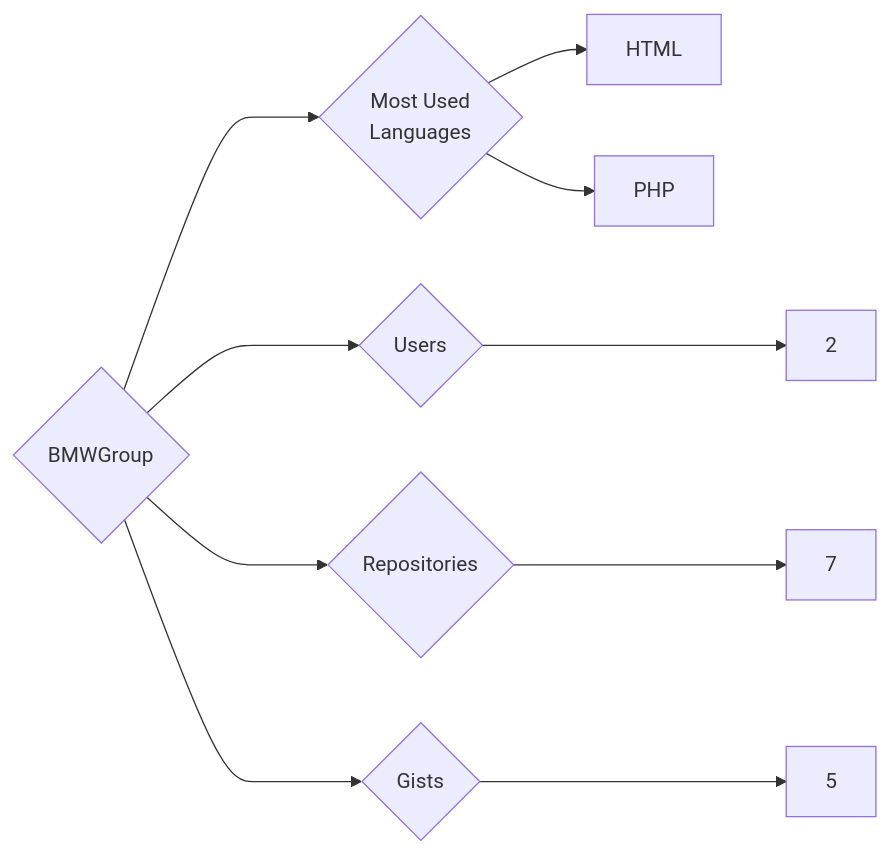
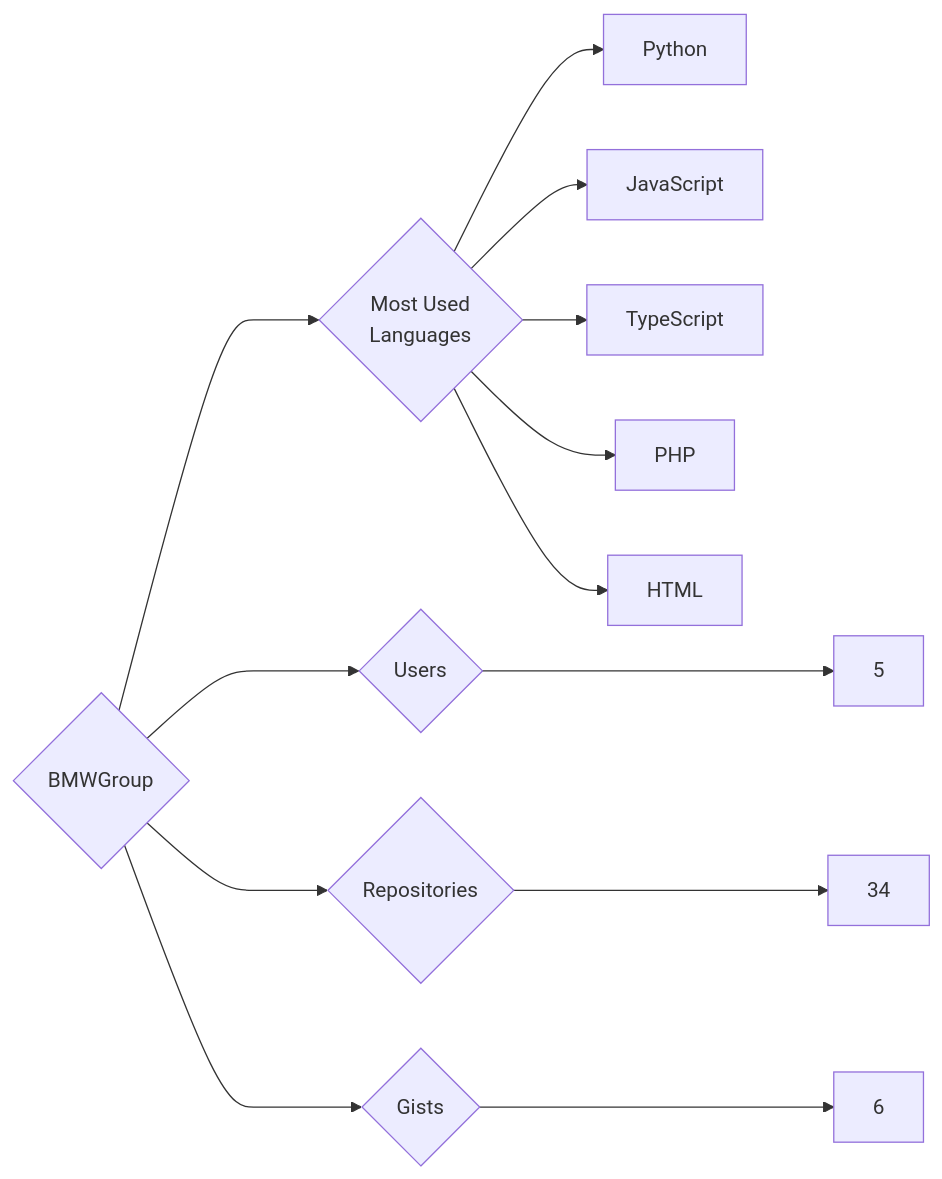
One commit to trickest/insiders changed the diagram in targets/BMWGroup/README.md. Above: the diagram before and after it, drawn with Mermaid. The commit also changed 1092 other files, not shown here.

````diff
--- a/targets/BMWGroup/README.md
+++ b/targets/BMWGroup/README.md
@@ -3,10 +3,13 @@
 ```mermaid
 graph LR
 COMPANY_NAME{BMWGroup}
-COMPANY_NAME ---> U{Users} ---> UN[2]
-COMPANY_NAME ---> R{Repositories} ---> RN[7]
-COMPANY_NAME ---> G{Gists} ---> GN[5]
+COMPANY_NAME ---> U{Users} ---> UN[5]
+COMPANY_NAME ---> R{Repositories} ---> RN[34]
+COMPANY_NAME ---> G{Gists} ---> GN[6]
 COMPANY_NAME ---> ML{Most Used<br>Languages}
+ML --> Python[Python]
+ML --> JavaScript[JavaScript]
+ML --> TypeScript[TypeScript]
+ML --> PHP[PHP]
 ML --> HTML[HTML]
-ML --> PHP[PHP]
 ```
````
